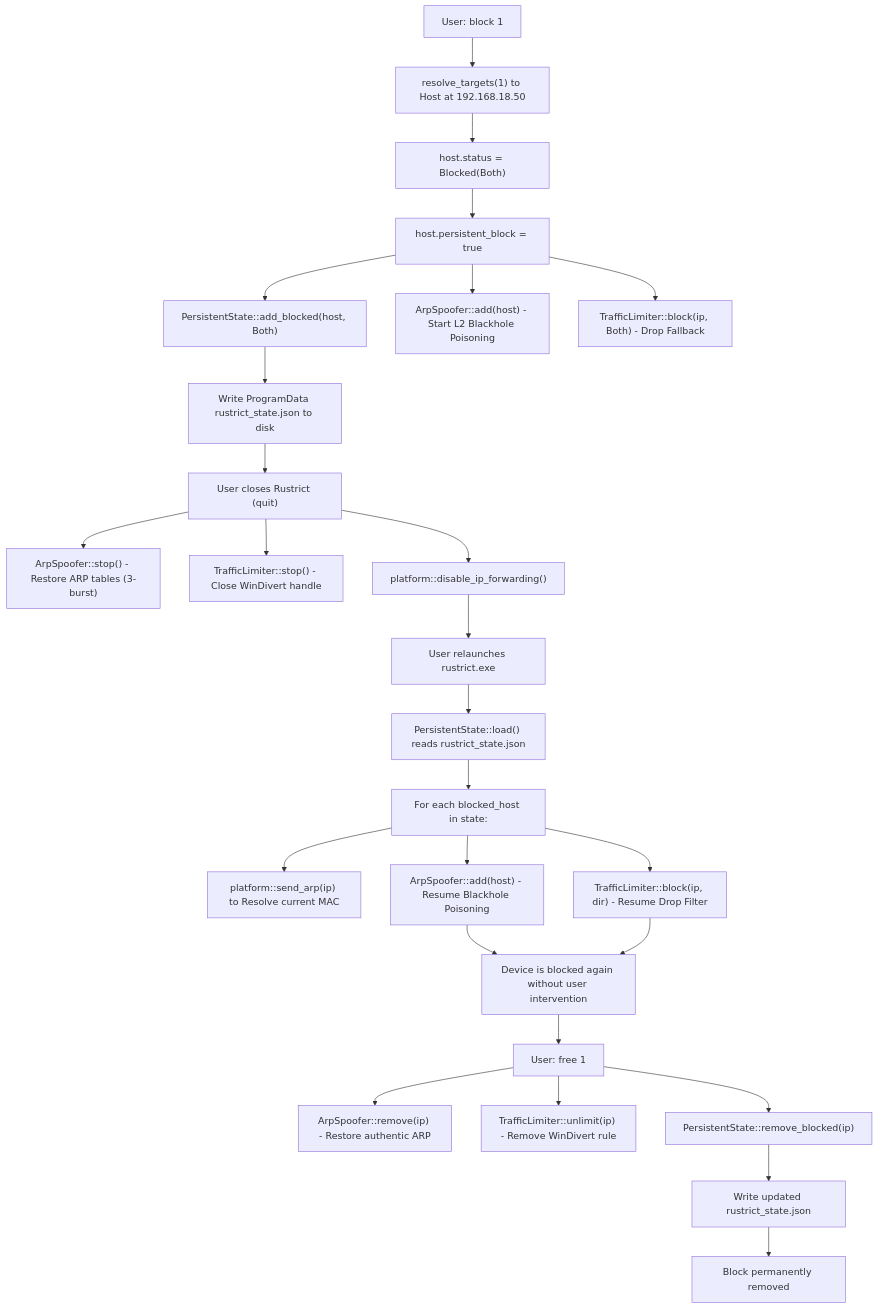
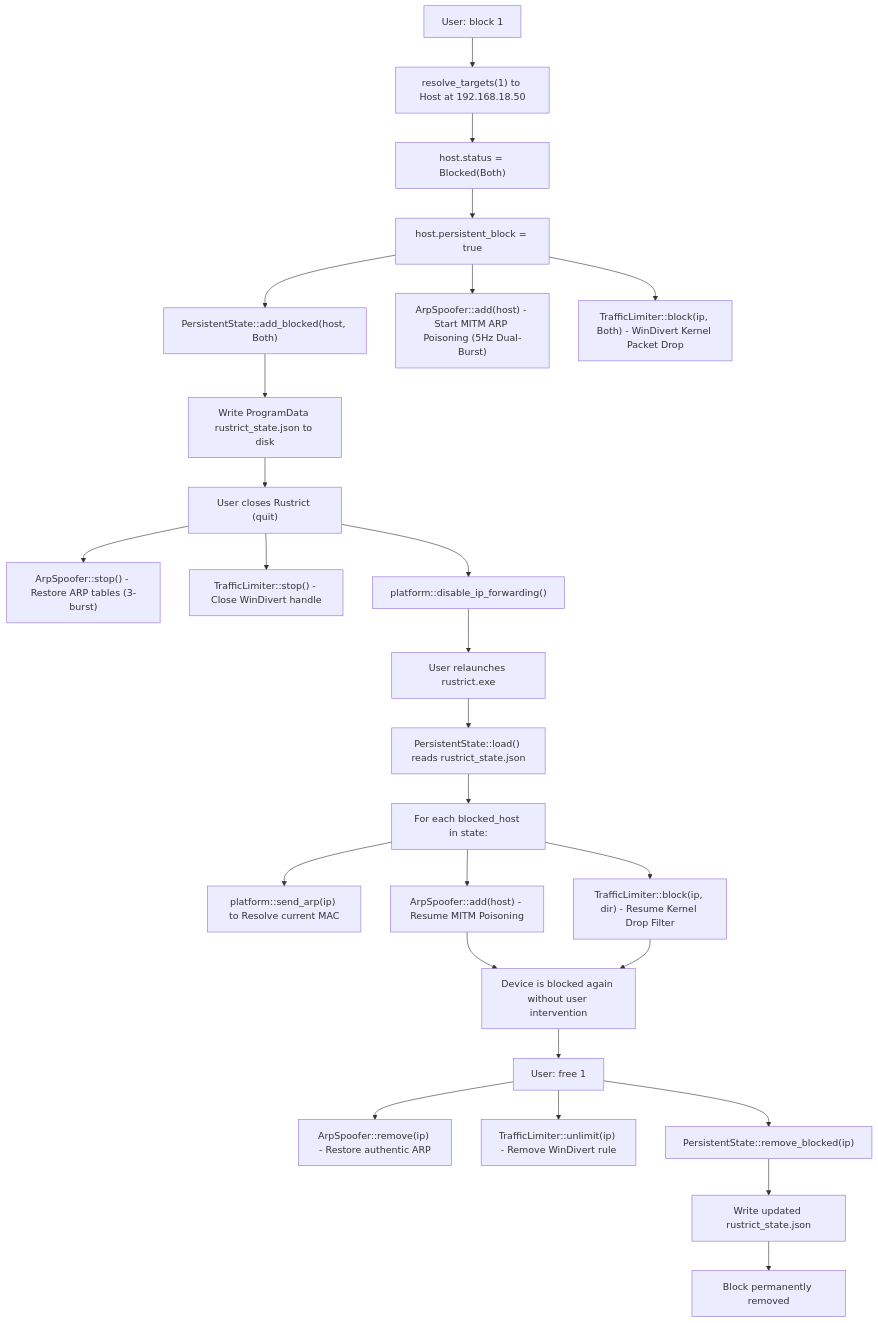
Diagram 14 of 14 in README.md (Neutron-0/Rustrict), drawn with Mermaid before and after one commit. The commit also changed other lines of this file and 4 other files, not shown here.

Commit message:
docs: update documentation for MITM kernel drop, strict toggles, and version-free install

````diff
--- a/README.md
+++ b/README.md
@@ -773,34 +773,34 @@
 ```mermaid
 flowchart TD
     A["User: block 1"] --> B["resolve_targets(1) to Host at 192.168.18.50"]
     B --> C["host.status = Blocked(Both)"]
     C --> D["host.persistent_block = true"]
 
     D --> E["PersistentState::add_blocked(host, Both)"]
     E --> F["Write ProgramData rustrict_state.json to disk"]
 
-    D --> G["ArpSpoofer::add(host) - Start L2 Blackhole Poisoning"]
-    D --> H["TrafficLimiter::block(ip, Both) - Drop Fallback"]
+    D --> G["ArpSpoofer::add(host) - Start MITM ARP Poisoning (5Hz Dual-Burst)"]
+    D --> H["TrafficLimiter::block(ip, Both) - WinDivert Kernel Packet Drop"]
 
     F --> I["User closes Rustrict (quit)"]
     I --> J["ArpSpoofer::stop() - Restore ARP tables (3-burst)"]
     I --> K["TrafficLimiter::stop() - Close WinDivert handle"]
     I --> L["platform::disable_ip_forwarding()"]
 
     L --> M["User relaunches rustrict.exe"]
     M --> N["PersistentState::load() reads rustrict_state.json"]
     N --> O["For each blocked_host in state:"]
     O --> P["platform::send_arp(ip) to Resolve current MAC"]
-    O --> Q["ArpSpoofer::add(host) - Resume Blackhole Poisoning"]
-    O --> R["TrafficLimiter::block(ip, dir) - Resume Drop Filter"]
+    O --> Q["ArpSpoofer::add(host) - Resume MITM Poisoning"]
+    O --> R["TrafficLimiter::block(ip, dir) - Resume Kernel Drop Filter"]
 
     Q --> S["Device is blocked again without user intervention"]
     R --> S
 
     S --> T["User: free 1"]
     T --> U["ArpSpoofer::remove(ip) - Restore authentic ARP"]
     T --> V["TrafficLimiter::unlimit(ip) - Remove WinDivert rule"]
     T --> W["PersistentState::remove_blocked(ip)"]
     W --> X["Write updated rustrict_state.json"]
     X --> Y["Block permanently removed"]
 ```
````
